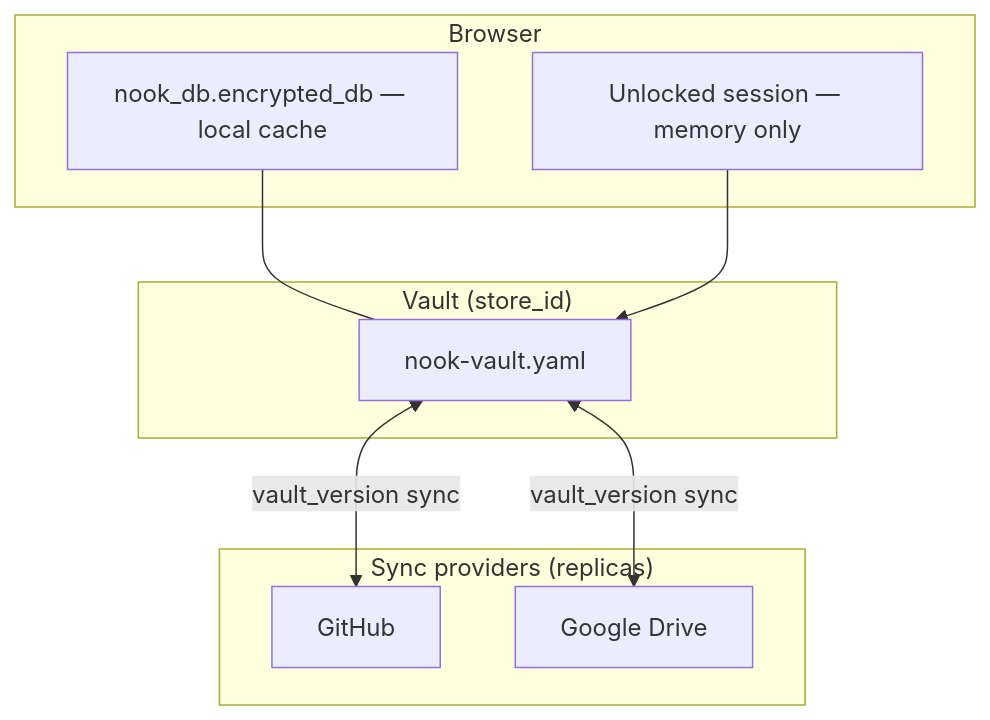
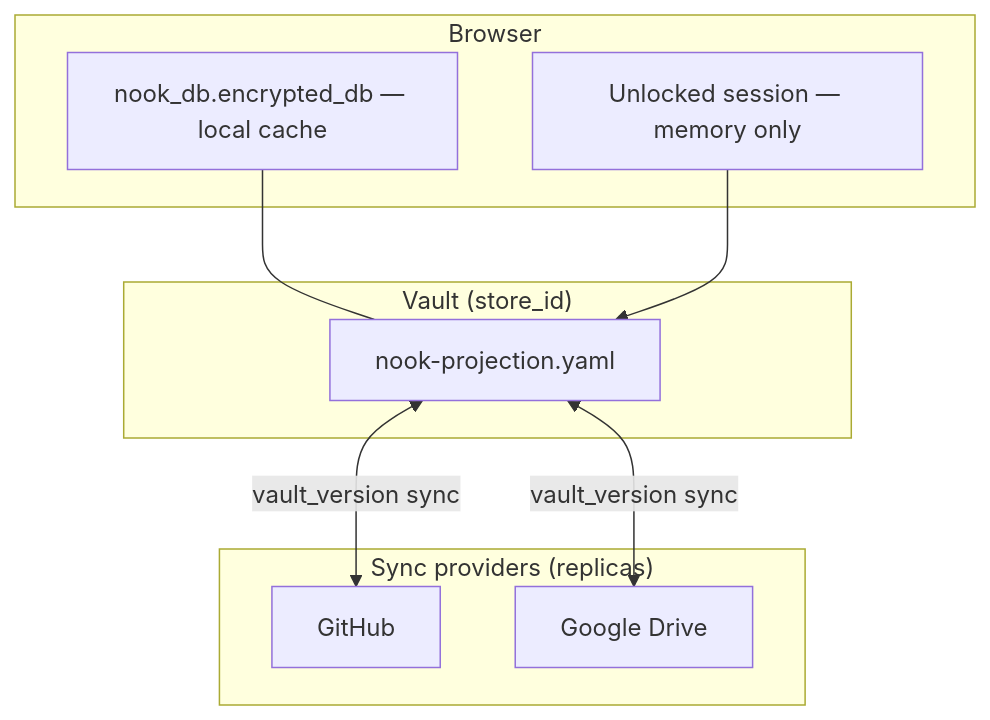
The first of 3 diagrams in .cortex/design-docs/unified-vault.md (meta-secret/nook), drawn with Mermaid before and after one commit. The commit also changed 12 other files, not shown here.

````diff
--- a/.cortex/design-docs/unified-vault.md
+++ b/.cortex/design-docs/unified-vault.md
@@ -22,18 +22,18 @@
 ```mermaid
 flowchart TB
   subgraph vault["Vault (store_id)"]
-    V[nook-vault.yaml]
+    V[nook-projection.yaml]
   end
   subgraph local["Browser"]
     L[nook_db.encrypted_db — local cache]
     S[Unlocked session — memory only]
   end
   subgraph sync["Sync providers (replicas)"]
     G[GitHub]
     D[Google Drive]
   end
   L --- V
   V <-->|"vault_version sync"| G
   V <-->|"vault_version sync"| D
   S --> V
 ```
````
